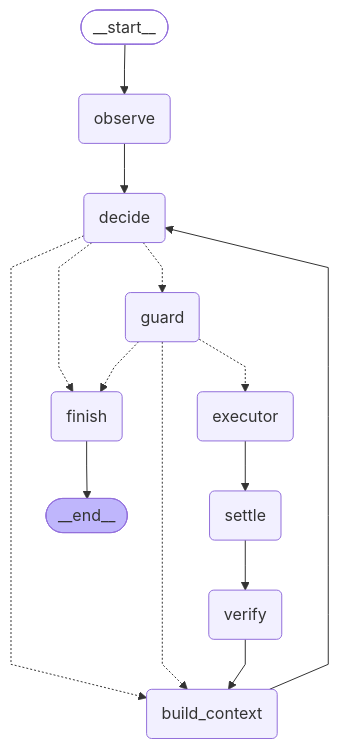
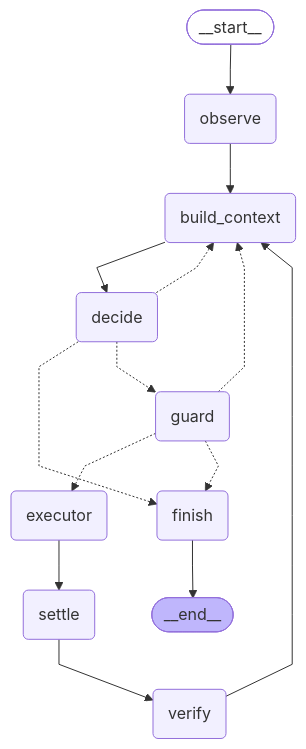
Before and after one commit to Dishank-Sen/Friday: the diagram in docs/harness.mmd, drawn with Mermaid. The commit also changed 5 other files, not shown here.

Commit message:
document harness prompt context flow

```diff
--- a/docs/harness.mmd
+++ b/docs/harness.mmd
@@ -1,32 +1,32 @@
 ---
 config:
   flowchart:
     curve: linear
 ---
 graph TD;
 	__start__([<p>__start__</p>]):::first
 	observe(observe)
 	decide(decide)
 	guard(guard)
 	executor(executor)
 	settle(settle)
 	verify(verify)
 	build_context(build_context)
 	finish(finish)
 	__end__([<p>__end__</p>]):::last
 	__start__ --> observe;
 	build_context --> decide;
 	decide -.-> build_context;
 	decide -.-> finish;
 	decide -.-> guard;
 	executor --> settle;
 	guard -.-> build_context;
 	guard -.-> executor;
 	guard -.-> finish;
-	observe --> decide;
+	observe --> build_context;
 	settle --> verify;
 	verify --> build_context;
 	finish --> __end__;
 	classDef default fill:#f2f0ff,line-height:1.2
 	classDef first fill-opacity:0
 	classDef last fill:#bfb6fc
```
